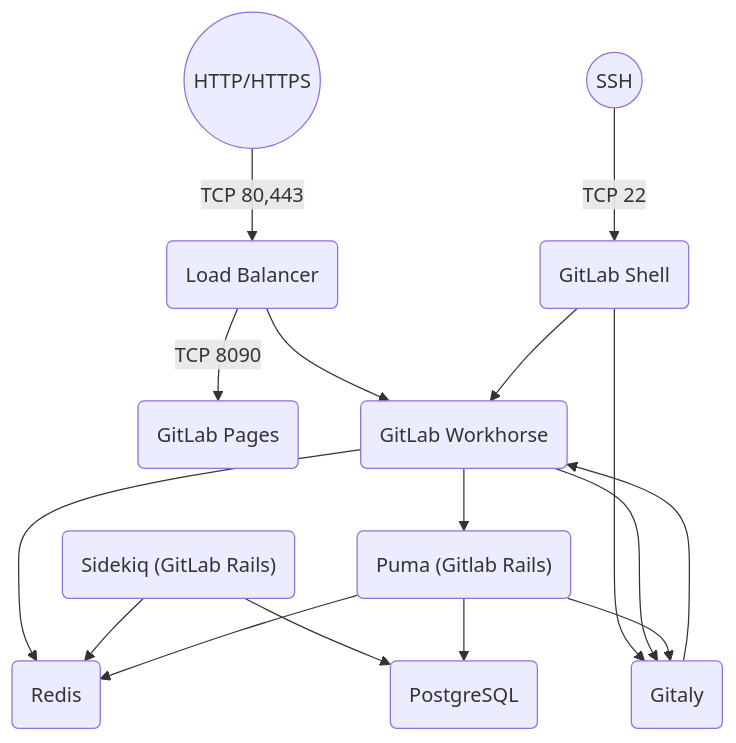
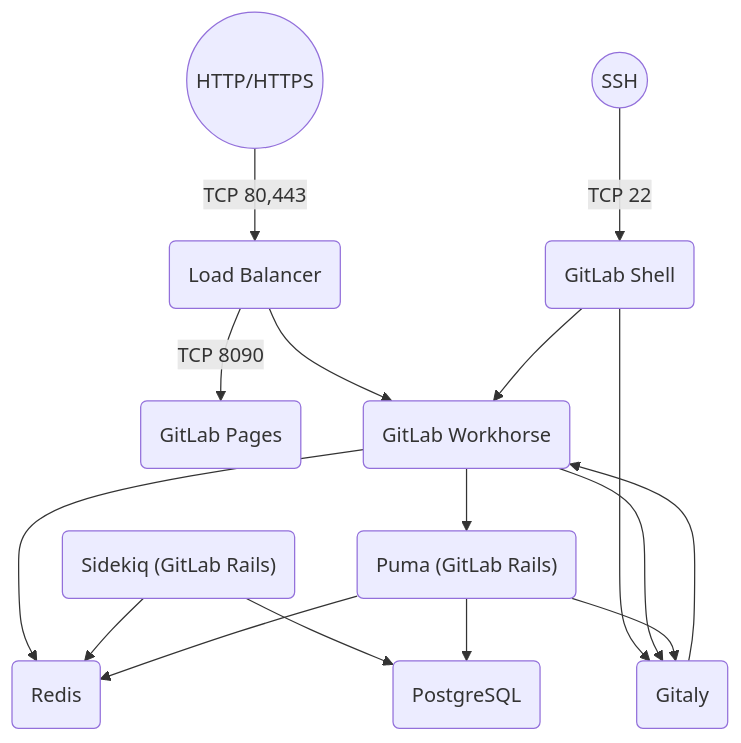
Before and after one commit to alauda/gitlab-docs: the diagram in docs/en/overview/architecture.mdx, drawn with Mermaid. The commit also changed other lines of this file and 25 other files, not shown here.

````diff
--- a/docs/en/overview/architecture.mdx
+++ b/docs/en/overview/architecture.mdx
@@ -7,38 +7,38 @@
 ```mermaid
 %%{init: {"flowchart": { "useMaxWidth": false } }}%%
 graph TB
   %% Component declarations and formatting
   HTTP((HTTP/HTTPS))
   SSH((SSH))
   GitLabPages(GitLab Pages)
   GitLabWorkhorse(GitLab Workhorse)
   GitLabShell(GitLab Shell)
   Gitaly(Gitaly)
-  Puma("Puma (Gitlab Rails)")
+  Puma("Puma (GitLab Rails)")
   Sidekiq("Sidekiq (GitLab Rails)")
   PostgreSQL(PostgreSQL)
   Redis(Redis)
   LoadBalancer(Load Balancer)
 
   HTTP -- TCP 80,443 --> LoadBalancer
   SSH -- TCP 22 --> GitLabShell
 
   LoadBalancer -- TCP 8090 --> GitLabPages
   LoadBalancer --> GitLabWorkhorse
 
   GitLabShell --> Gitaly
   GitLabShell --> GitLabWorkhorse
 
   GitLabWorkhorse --> Gitaly
   GitLabWorkhorse --> Puma
   GitLabWorkhorse --> Redis
 
   Sidekiq --> PostgreSQL
   Sidekiq --> Redis
 
   Puma --> PostgreSQL
   Puma --> Redis
   Puma --> Gitaly
 
   Gitaly --> GitLabWorkhorse
 ```
````
